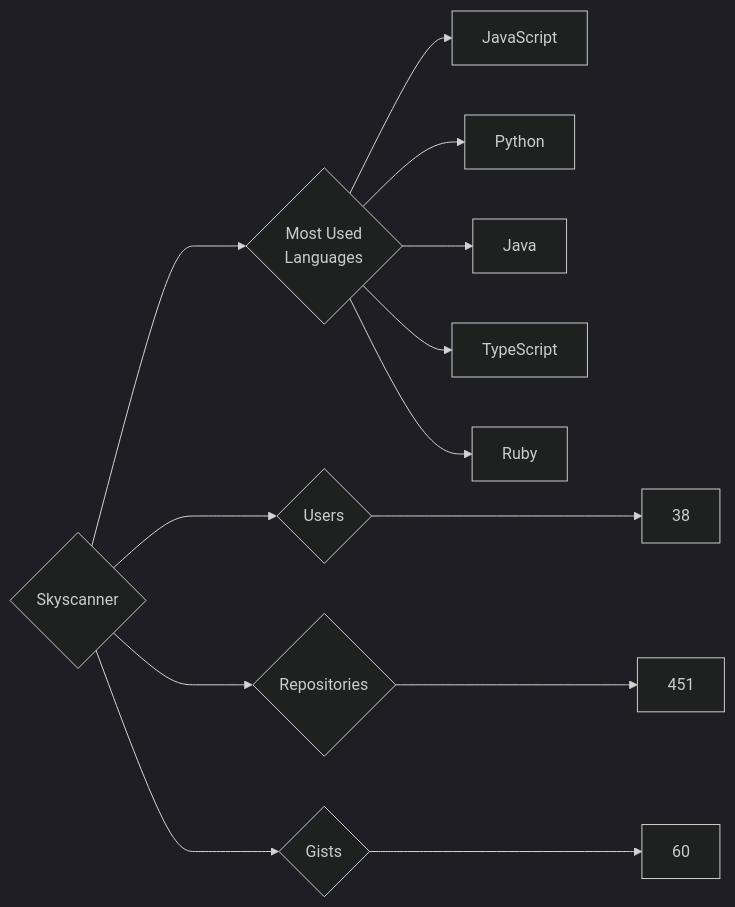
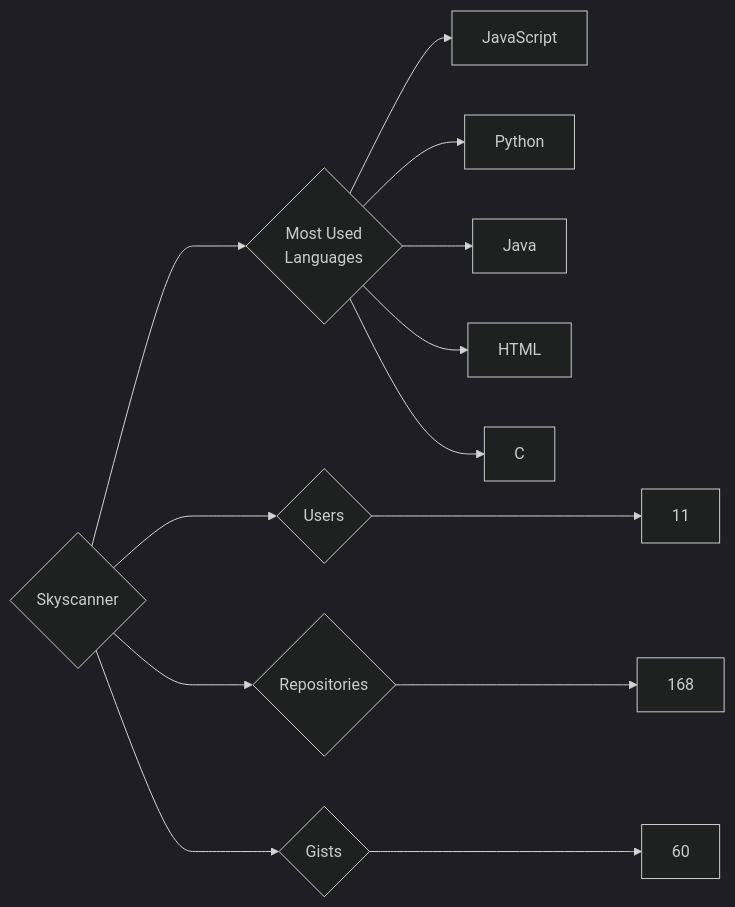
The diagram in targets/Skyscanner/README.md (trickest/insiders), drawn with Mermaid (dark theme) before and after one commit. The commit also changed 823 other files, not shown here.

````diff
--- a/targets/Skyscanner/README.md
+++ b/targets/Skyscanner/README.md
@@ -3,13 +3,13 @@
 ```mermaid
 graph LR
 COMPANY_NAME{Skyscanner}
-COMPANY_NAME ---> U{Users} ---> UN[38]
-COMPANY_NAME ---> R{Repositories} ---> RN[451]
+COMPANY_NAME ---> U{Users} ---> UN[11]
+COMPANY_NAME ---> R{Repositories} ---> RN[168]
 COMPANY_NAME ---> G{Gists} ---> GN[60]
 COMPANY_NAME ---> ML{Most Used<br>Languages}
 ML --> JavaScript[JavaScript]
 ML --> Python[Python]
 ML --> Java[Java]
-ML --> TypeScript[TypeScript]
-ML --> Ruby[Ruby]
+ML --> HTML[HTML]
+ML --> C[C]
 ```
````
